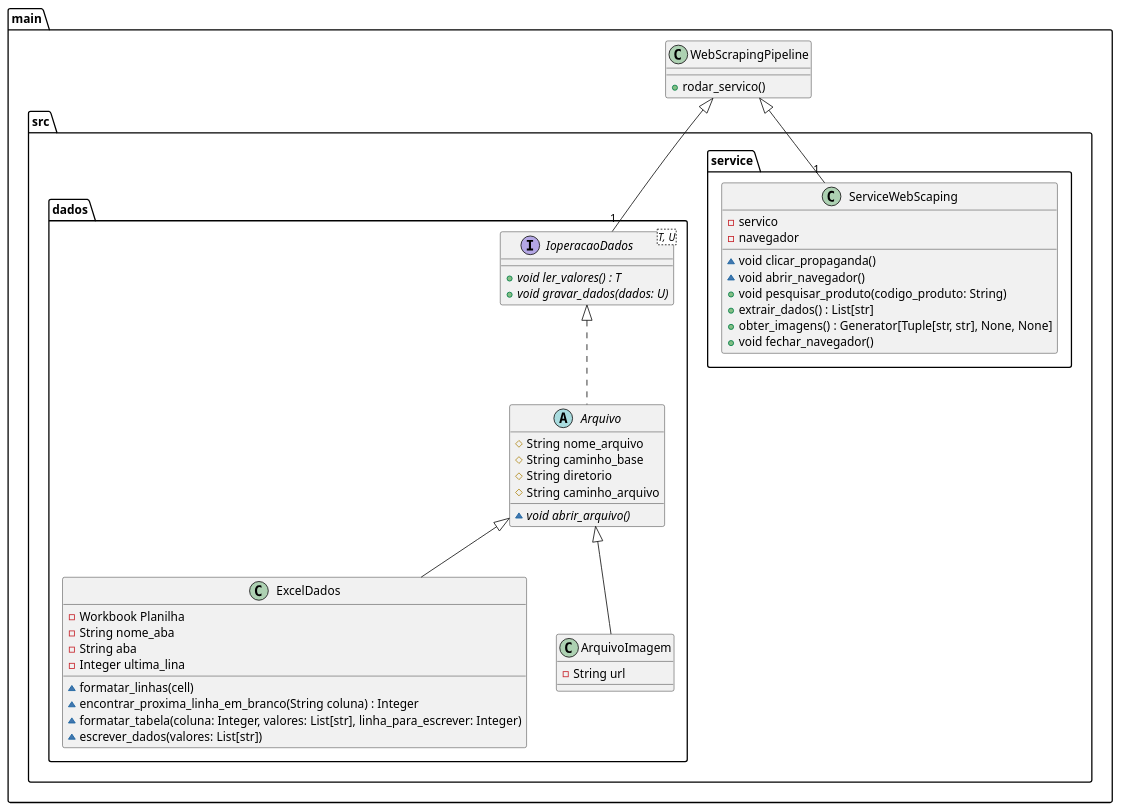
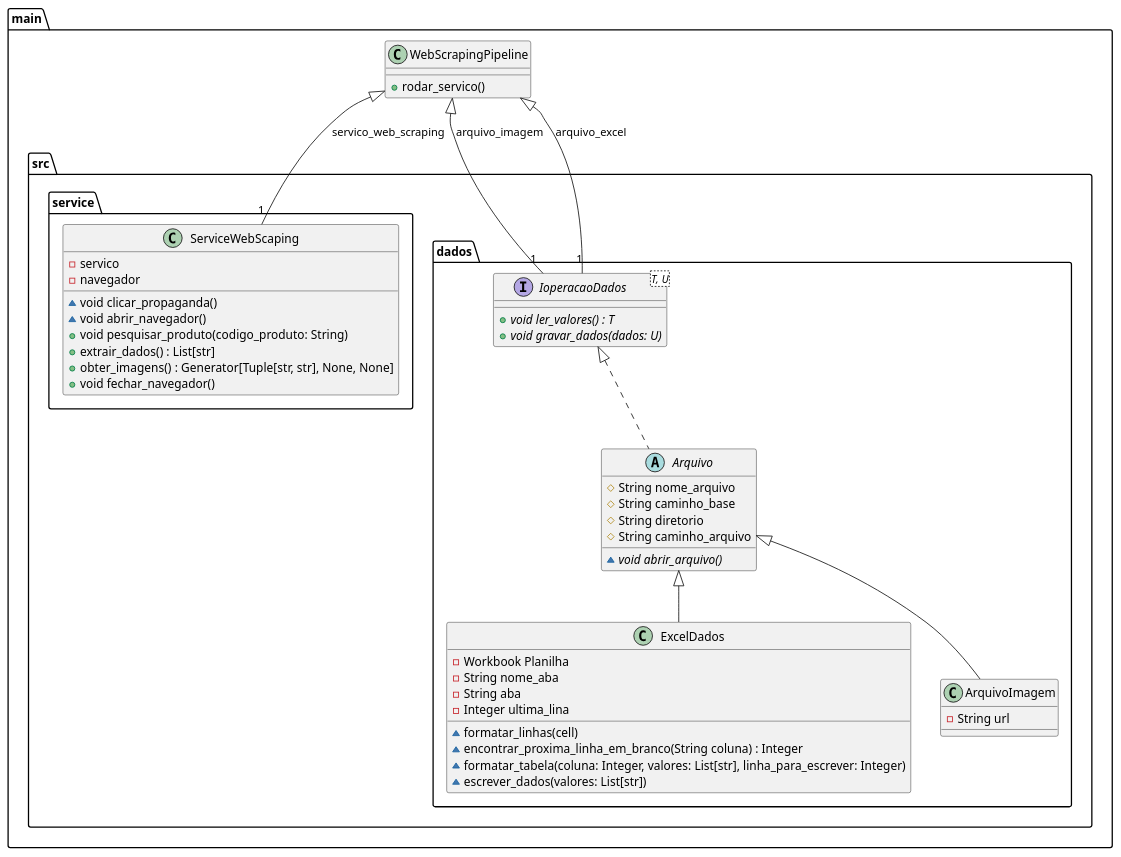
Before and after one commit to rodrigorocha1/extracao_dados_produtos_vonder: the diagram in diagrama_uml.plantuml, drawn with PlantUML. The commit also changed 2 other files, not shown here.

```diff
--- a/diagrama_uml.plantuml
+++ b/diagrama_uml.plantuml
@@ -1,70 +1,72 @@
 @startuml
 
 package main {
     class WebScrapingPipeline {
             + rodar_servico()
             
         }
 
-        WebScrapingPipeline  <|--  "1" src.service.ServiceWebScaping
-        WebScrapingPipeline <|-- "1" src.dados.IoperacaoDados
+        WebScrapingPipeline  <|--  "1" src.service.ServiceWebScaping : servico_web_scraping
+        WebScrapingPipeline <|-- "1" src.dados.IoperacaoDados : arquivo_imagem
+        WebScrapingPipeline <|-- "1" src.dados.IoperacaoDados : arquivo_excel
+
     package src {
         
         package dados {
 
             interface IoperacaoDados<T, U> {
                 + void {abstract} ler_valores() : T
                 + void {abstract} gravar_dados(dados: U)
               
             }
 
             abstract class  Arquivo implements IoperacaoDados {
                 # String nome_arquivo
                 # String caminho_base
                 # String diretorio
                 # String caminho_arquivo
 
                 ~ void {abstract} abrir_arquivo()
                 
             }
 
             class ExcelDados extends Arquivo {
                 - Workbook Planilha
                 - String nome_aba
                 - String aba
                 - Integer ultima_lina
 
                 ~ formatar_linhas(cell)
                 ~ encontrar_proxima_linha_em_branco(String coluna) : Integer
                 ~ formatar_tabela(coluna: Integer, valores: List[str], linha_para_escrever: Integer)
                 ~ escrever_dados(valores: List[str])
 
       
             }
 
             class ArquivoImagem extends Arquivo {
                 - String url
             }
 
         }
 
         package service {
 
            class ServiceWebScaping {
                 - servico
                 - navegador
 
                 ~ void clicar_propaganda()
                 ~ void abrir_navegador()
                 + void pesquisar_produto(codigo_produto: String)
                 + extrair_dados() : List[str]
                 + obter_imagens() : Generator[Tuple[str, str], None, None]
                 + void fechar_navegador()
            }
 
         }
 
     }
 }
 
 @enduml
```
